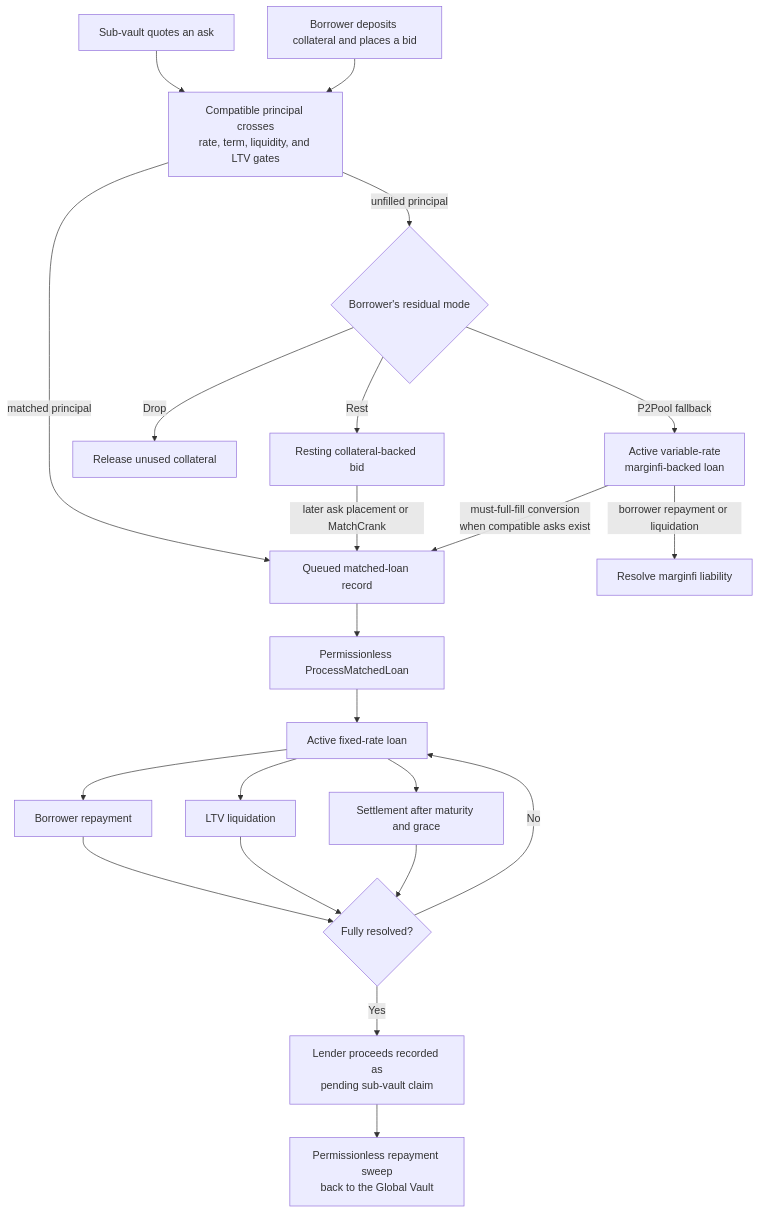
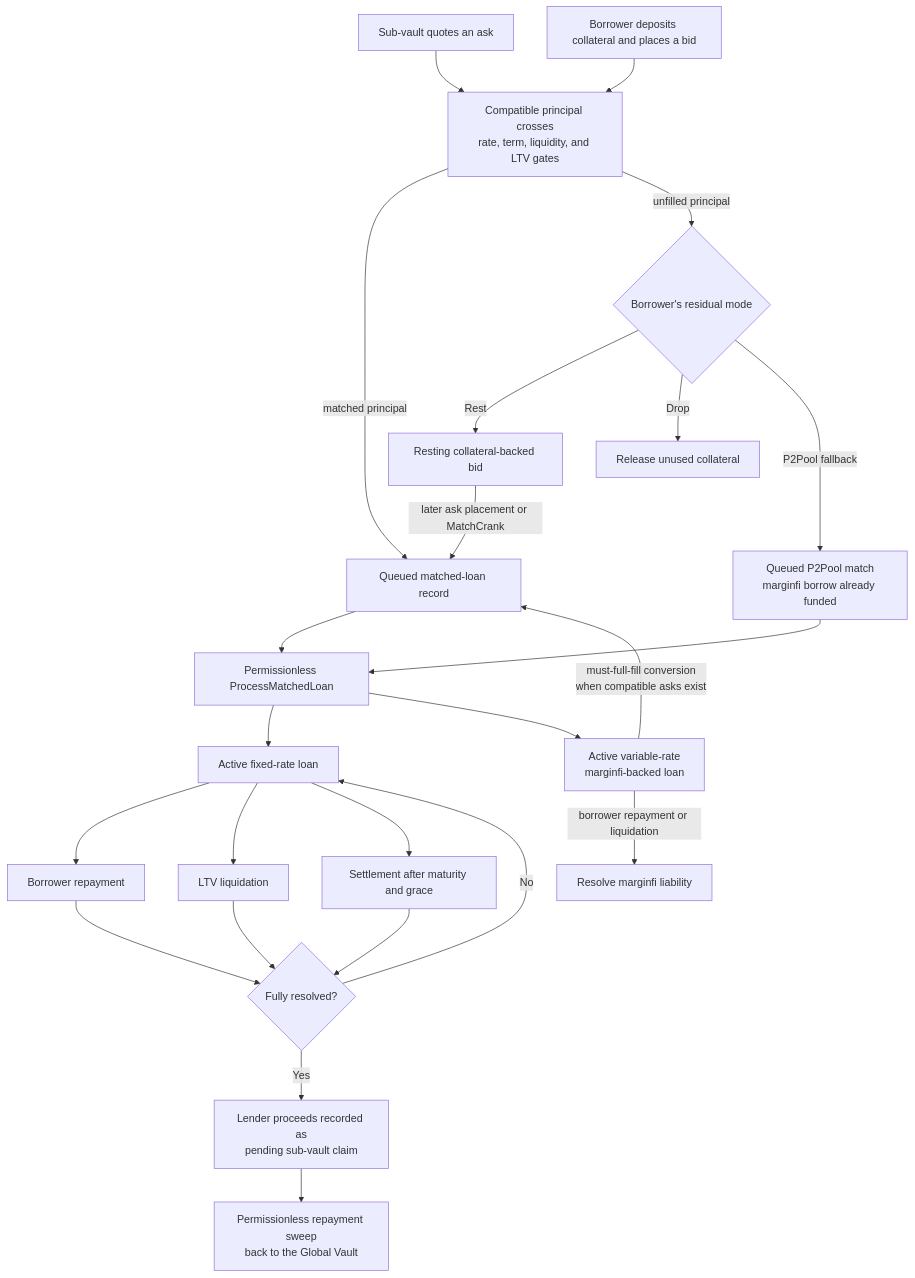
One commit to IMEF-FEMI/yDelta changed the first of 2 diagrams in README.md. Above: the diagram before and after it, drawn with Mermaid. The commit also changed other lines of this file and 1 other file, not shown here.

````diff
--- a/README.md
+++ b/README.md
@@ -172,32 +193,33 @@
 ```mermaid
 flowchart TB
     ASK["Sub-vault quotes an ask"]
     BID["Borrower deposits collateral and places a bid"]
     MATCH["Compatible principal crosses<br/>rate, term, liquidity, and LTV gates"]
     QUEUE["Queued matched-loan record"]
     PROCESS["Permissionless ProcessMatchedLoan"]
     FIXED["Active fixed-rate loan"]
 
     ASK --> MATCH
     BID --> MATCH
     MATCH -->|"matched principal"| QUEUE --> PROCESS --> FIXED
 
     MATCH -->|"unfilled principal"| RESIDUAL{"Borrower's residual mode"}
     RESIDUAL -->|"Rest"| REST["Resting collateral-backed bid"]
     REST -->|"later ask placement or MatchCrank"| QUEUE
     RESIDUAL -->|"Drop"| DROP["Release unused collateral"]
-    RESIDUAL -->|"P2Pool fallback"| P2P["Active variable-rate<br/>marginfi-backed loan"]
+    RESIDUAL -->|"P2Pool fallback"| P2PQ["Queued P2Pool match<br/>marginfi borrow already funded"]
+    P2PQ --> PROCESS --> P2P["Active variable-rate<br/>marginfi-backed loan"]
     P2P -->|"must-full-fill conversion<br/>when compatible asks exist"| QUEUE
 
     FIXED --> REPAY["Borrower repayment"]
     FIXED --> LIQ["LTV liquidation"]
     FIXED --> SETTLE["Settlement after maturity and grace"]
     REPAY --> CLOSE{"Fully resolved?"}
     LIQ --> CLOSE
     SETTLE --> CLOSE
     CLOSE -->|"No"| FIXED
     CLOSE -->|"Yes"| CLAIM["Lender proceeds recorded as<br/>pending sub-vault claim"]
     CLAIM --> SWEEP["Permissionless repayment sweep<br/>back to the Global Vault"]
 
     P2P -->|"borrower repayment or liquidation"| P2PCLOSE["Resolve marginfi liability"]
 ```
````
